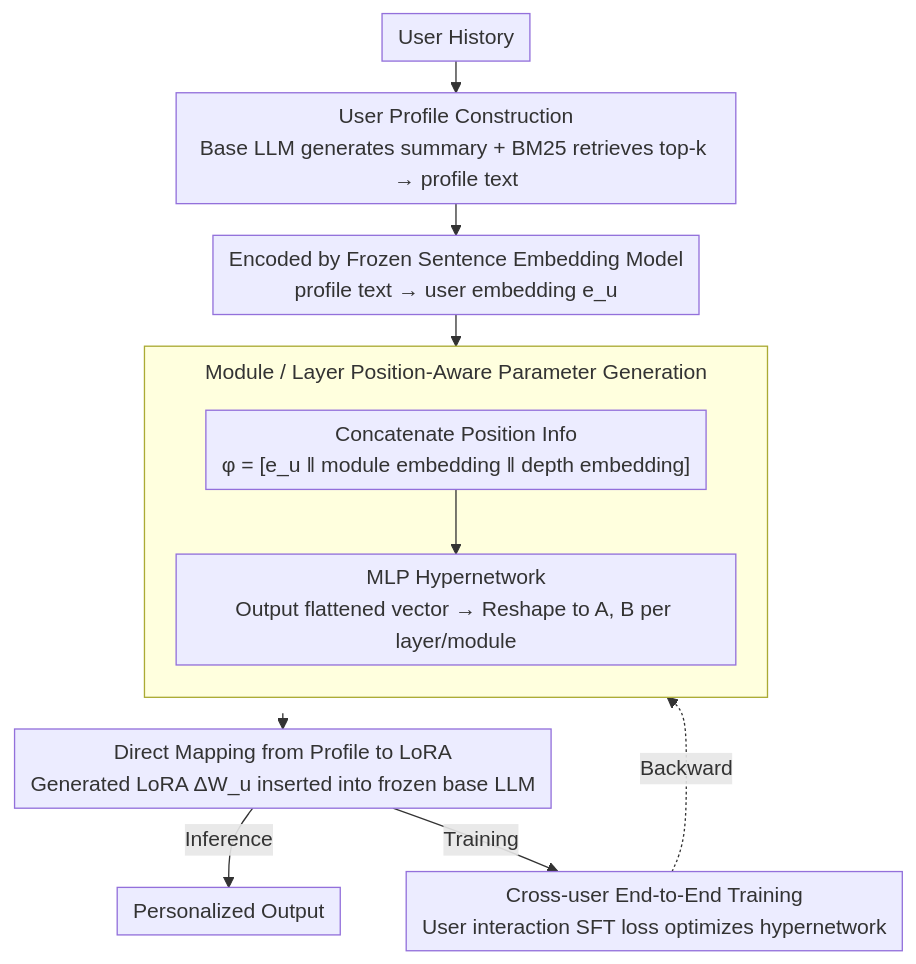
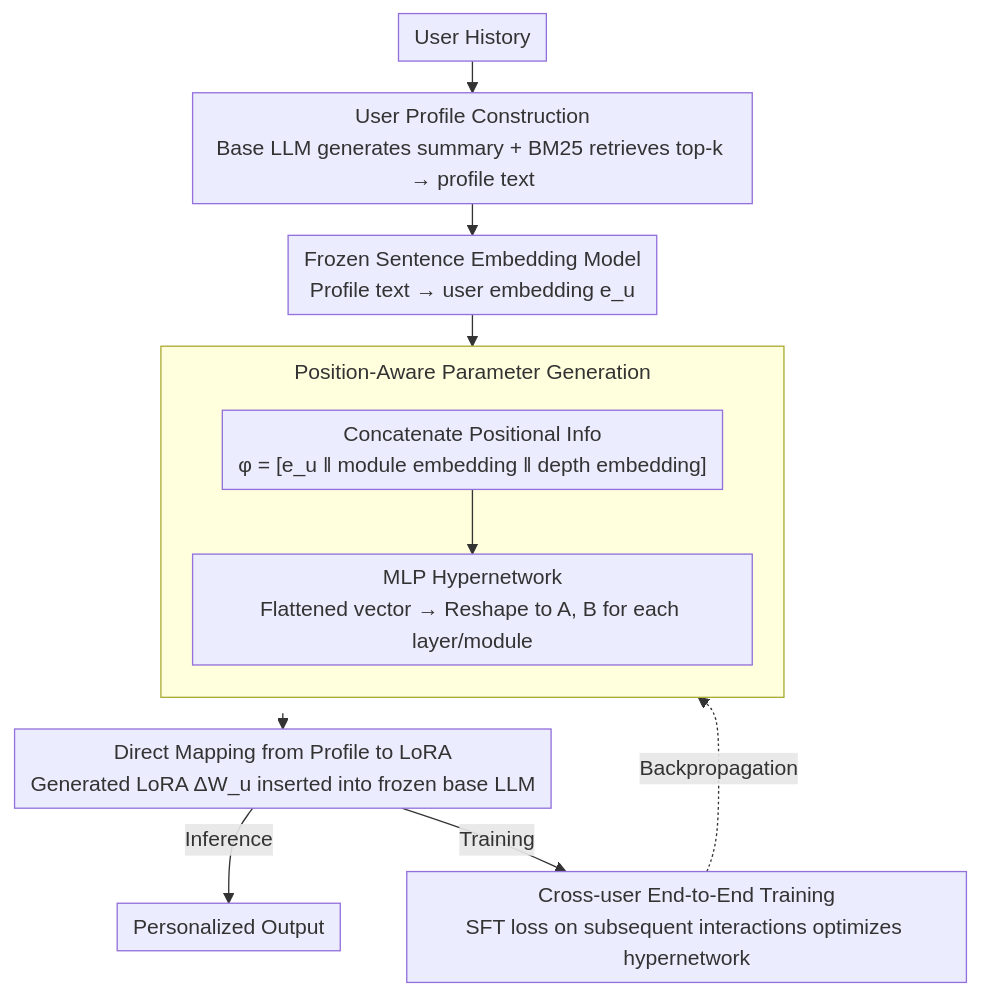
Before and after one commit to zhaoyang97/Paper-Notes-en: the diagram in docs/ACL2026/llm_safety/instant_personalized_large_language_model_adaptation_via_hypernetwork.md, drawn with Mermaid. The commit also changed other lines of this file and 5084 other files, not shown here.

````diff
--- a/docs/ACL2026/llm_safety/instant_personalized_large_language_model_adaptation_via_hypernetwork.md
+++ b/docs/ACL2026/llm_safety/instant_personalized_large_language_model_adaptation_via_hypernetwork.md
@@ -47,15 +47,15 @@
 ```mermaid
 %%{init: {'flowchart': {'rankSpacing': 24, 'nodeSpacing': 28, 'padding': 6, 'wrappingWidth': 400, 'subGraphTitleMargin': {'top': 8, 'bottom': 16}}}}%%
 flowchart TD
     A["User History"] --> B["User Profile Construction<br/>Base LLM generates summary + BM25 retrieves top-k → profile text"]
-    B --> C["Encoded by Frozen Sentence Embedding Model<br/>profile text → user embedding e_u"]
-    subgraph GEN["Module / Layer Position-Aware Parameter Generation"]
+    B --> C["Frozen Sentence Embedding Model<br/>Profile text → user embedding e_u"]
+    subgraph GEN["Position-Aware Parameter Generation"]
         direction TB
-        D["Concatenate Position Info<br/>φ = [e_u ‖ module embedding ‖ depth embedding]"] --> E["MLP Hypernetwork<br/>Output flattened vector → Reshape to A, B per layer/module"]
+        D["Concatenate Positional Info<br/>φ = [e_u ‖ module embedding ‖ depth embedding]"] --> E["MLP Hypernetwork<br/>Flattened vector → Reshape to A, B for each layer/module"]
     end
     C --> GEN
     GEN --> F["Direct Mapping from Profile to LoRA<br/>Generated LoRA ΔW_u inserted into frozen base LLM"]
     F -->|Inference| G["Personalized Output"]
-    F -->|Training| H["Cross-user End-to-End Training<br/>User interaction SFT loss optimizes hypernetwork"]
-    H -.Backward.-> E
+    F -->|Training| H["Cross-user End-to-End Training<br/>SFT loss on subsequent interactions optimizes hypernetwork"]
+    H -.Backpropagation.-> E
 ```
````
